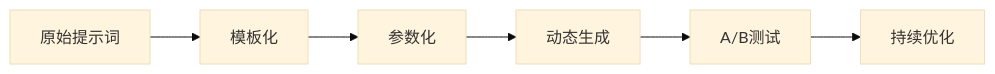
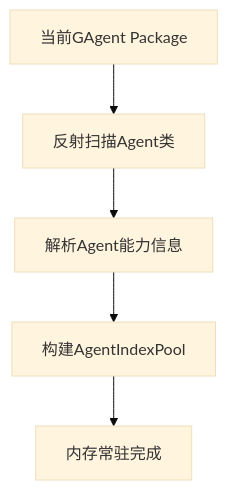
Before and after one commit to aevatarAI/aevatar-gagents: the third of 5 diagrams in agent-workflow-optimization-guide.md, drawn with Mermaid (base theme). The commit also changed other lines of this file, not shown here.

````diff
--- a/agent-workflow-optimization-guide.md
+++ b/agent-workflow-optimization-guide.md
@@ -105,8 +100,7 @@
 ```mermaid
-graph LR
-    A[原始提示词] --> B[模板化]
-    B --> C[参数化]
-    C --> D[动态生成]
-    D --> E[A/B测试]
-    E --> F[持续优化]
+graph TD
+    A[当前GAgent Package] --> B[反射扫描Agent类]
+    B --> C[解析Agent能力信息]
+    C --> D[构建AgentIndexPool]
+    D --> E[内存常驻完成]
 ```
````
